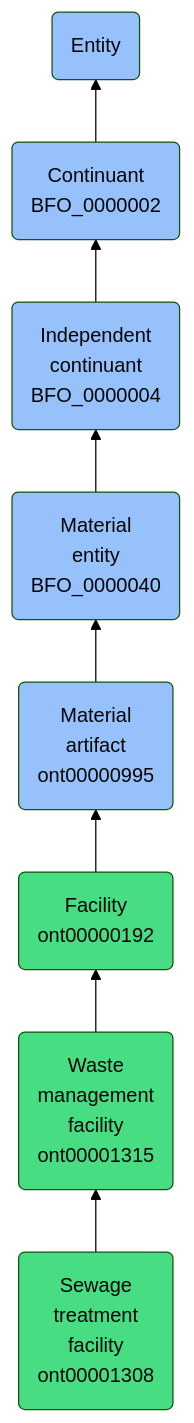
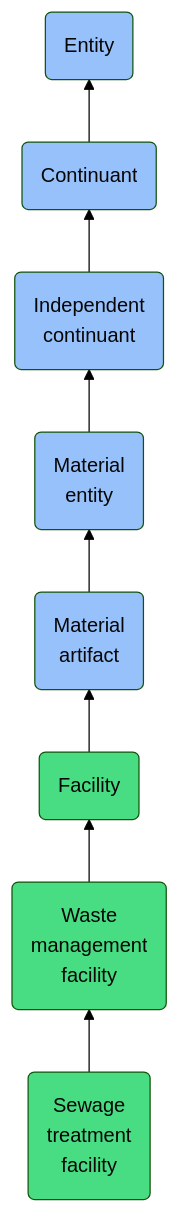
Before and after one commit to jupyter-naas/abi: the diagram in docs/ontology/reference/model/Entity/Continuant/Independent continuant/Material entity/Material artifact/Facility/Waste management facility/Sewage treatment facility/Sewage treatment facility.md, drawn with Mermaid (forest theme). The commit also changed other lines of this file and 1430 other files, not shown here.

````diff
--- a/docs/ontology/reference/model/Entity/Continuant/Independent continuant/Material entity/Material artifact/Facility/Waste management facility/Sewage treatment facility/Sewage treatment facility.md
+++ b/docs/ontology/reference/model/Entity/Continuant/Independent continuant/Material entity/Material artifact/Facility/Waste management facility/Sewage treatment facility/Sewage treatment facility.md
@@ -24,15 +24,15 @@
 ```mermaid
 graph BT
-    ont00001308(Sewage<br>treatment<br>facility<br>ont00001308):::ABI-->ont00001315
-    ont00001315(Waste<br>management<br>facility<br>ont00001315):::ABI-->ont00000192
-    ont00000192(Facility<br>ont00000192):::ABI-->ont00000995
-    ont00000995(Material<br>artifact<br>ont00000995):::BFO-->BFO_0000040
-    BFO_0000040(Material<br>entity<br>BFO_0000040):::BFO-->BFO_0000004
-    BFO_0000004(Independent<br>continuant<br>BFO_0000004):::BFO-->BFO_0000002
-    BFO_0000002(Continuant<br>BFO_0000002):::BFO-->BFO_0000001
+    ont00001308(Sewage<br>treatment<br>facility):::ABI-->ont00001315
+    ont00001315(Waste<br>management<br>facility):::ABI-->ont00000192
+    ont00000192(Facility):::ABI-->ont00000995
+    ont00000995(Material<br>artifact):::BFO-->BFO_0000040
+    BFO_0000040(Material<br>entity):::BFO-->BFO_0000004
+    BFO_0000004(Independent<br>continuant):::BFO-->BFO_0000002
+    BFO_0000002(Continuant):::BFO-->BFO_0000001
     BFO_0000001(Entity):::BFO
     
     classDef BFO fill:#97c1fb,color:#060606
     classDef CCO fill:#e4c51e,color:#060606
     classDef ABI fill:#48DD82,color:#060606
 ```
````
